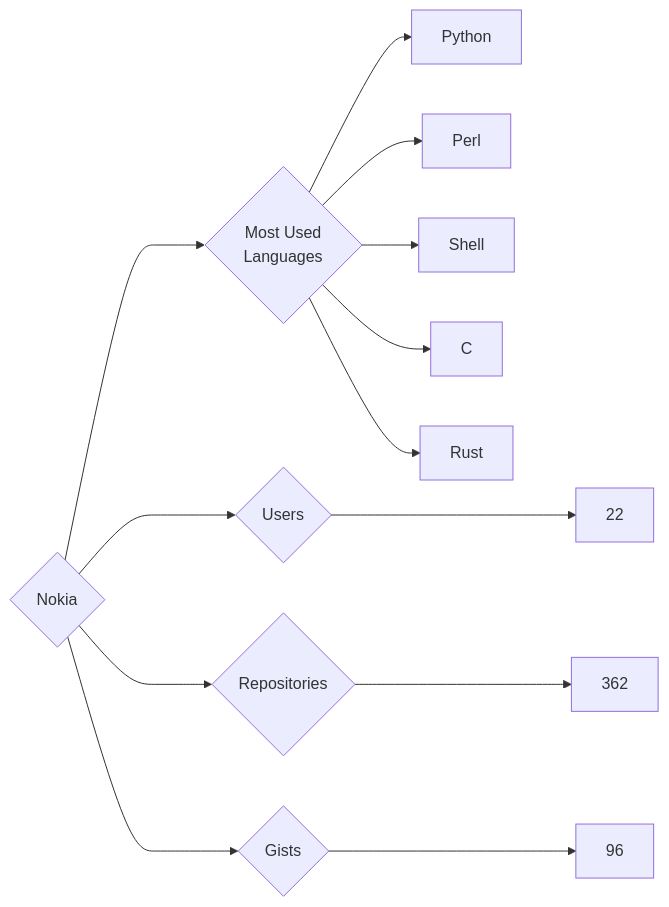
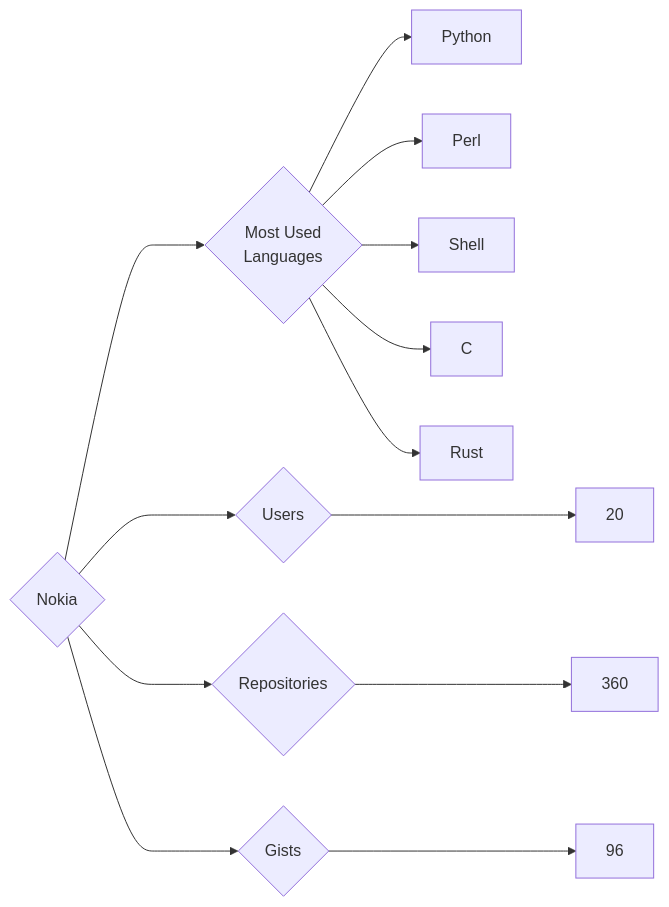
The diagram in targets/Nokia/README.md (trickest/insiders), drawn with Mermaid before and after one commit. The commit also changed 1389 other files, not shown here.

````diff
--- a/targets/Nokia/README.md
+++ b/targets/Nokia/README.md
@@ -3,13 +3,13 @@
 ```mermaid
 graph LR
 COMPANY_NAME{Nokia}
-COMPANY_NAME ---> U{Users} ---> UN[22]
-COMPANY_NAME ---> R{Repositories} ---> RN[362]
+COMPANY_NAME ---> U{Users} ---> UN[20]
+COMPANY_NAME ---> R{Repositories} ---> RN[360]
 COMPANY_NAME ---> G{Gists} ---> GN[96]
 COMPANY_NAME ---> ML{Most Used<br>Languages}
 ML --> Python[Python]
 ML --> Perl[Perl]
 ML --> Shell[Shell]
 ML --> C[C]
 ML --> Rust[Rust]
 ```
````
